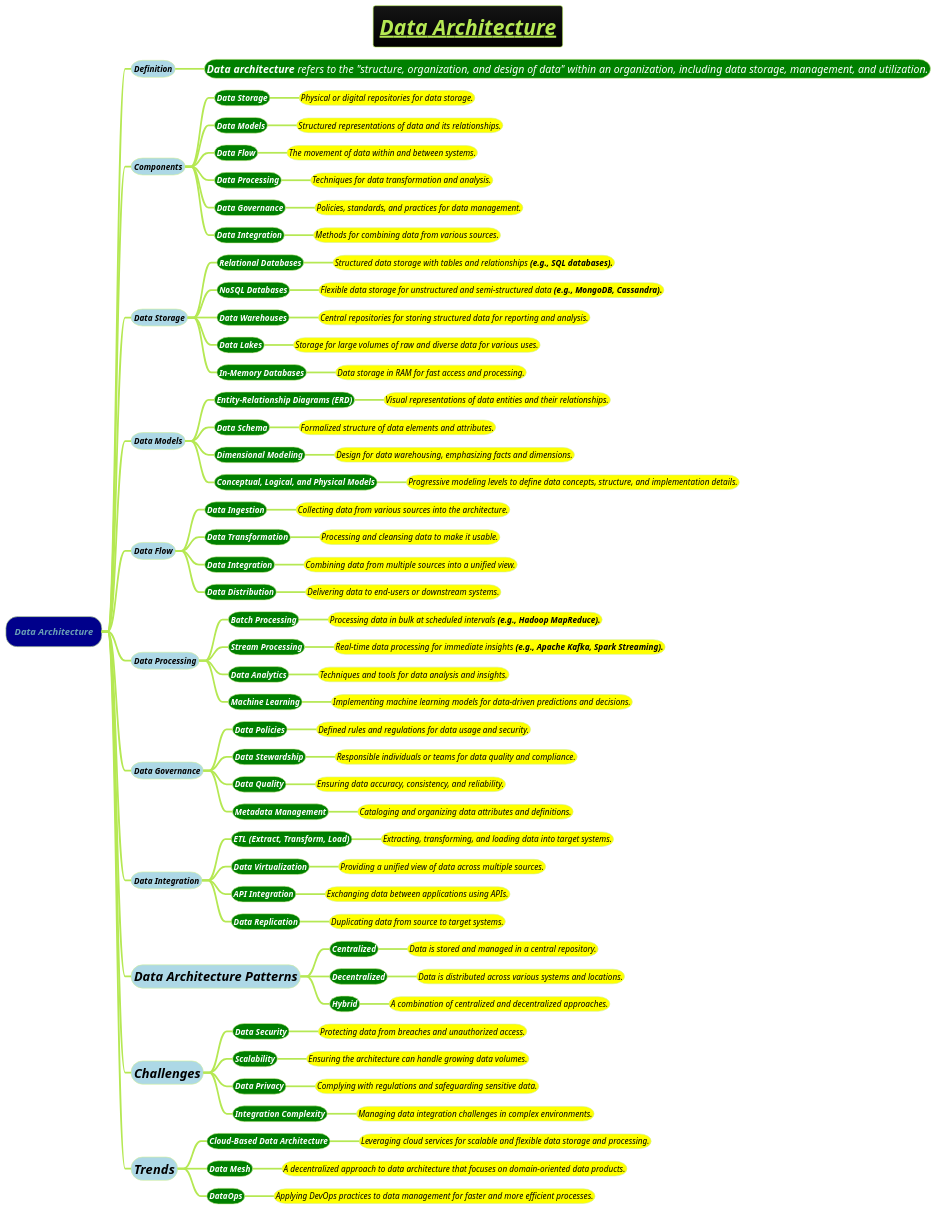
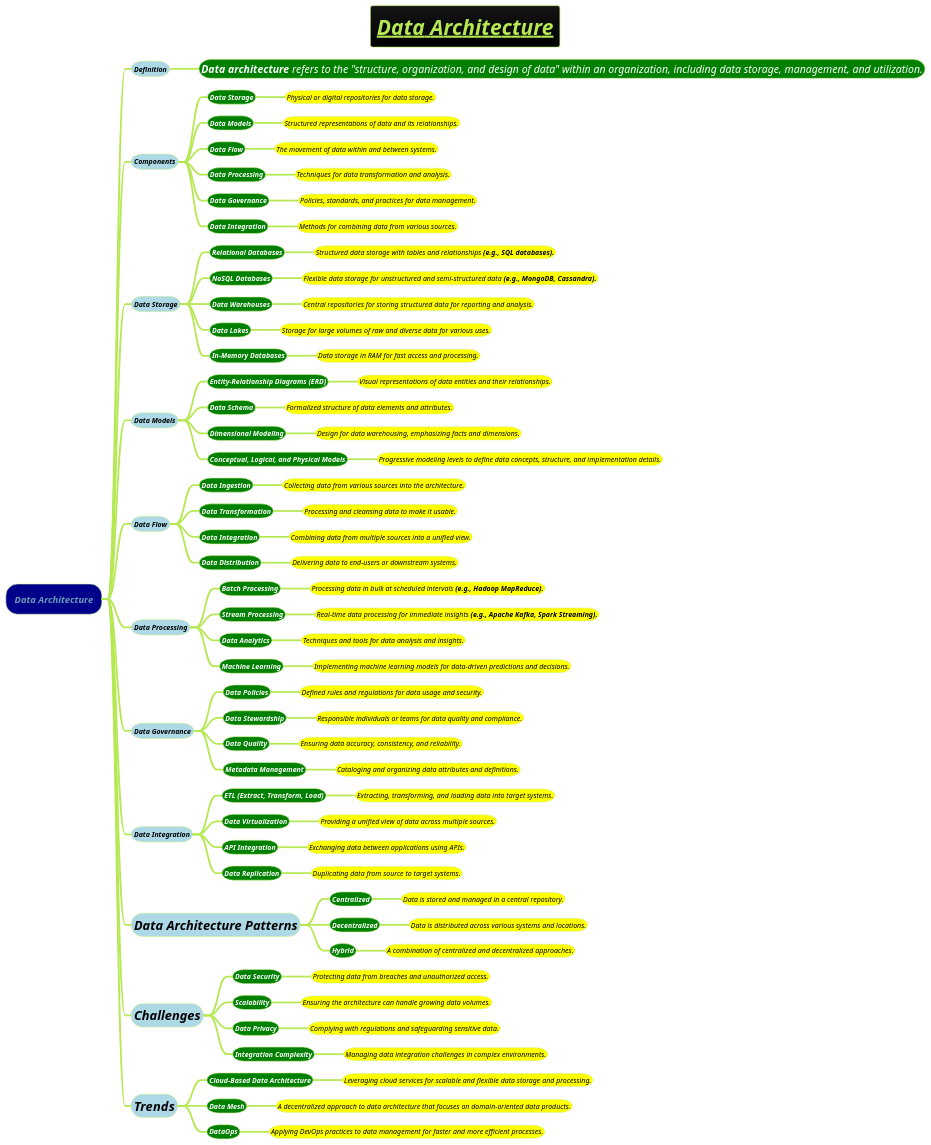
One commit to MehmoodHashmi/Documentation-as-Code-DaC changed the diagram in docs/AI-ML-DL-Data-Science-and-BigData/data-science/data-engineering/data-pipeline/Data-Architecture.puml. Above: the diagram before and after it, drawn with PlantUML. The commit also changed 4 other files, not shown here.

```diff
--- a/docs/AI-ML-DL-Data-Science-and-BigData/data-science/data-engineering/data-pipeline/Data-Architecture.puml
+++ b/docs/AI-ML-DL-Data-Science-and-BigData/data-science/data-engineering/data-pipeline/Data-Architecture.puml
@@ -5,109 +5,109 @@
 
 
 *[#darkblue] <i><b>Data Architecture
-**[#lightblue] <i><size:14><b><color #black>Definition
+**[#lightblue] <i><size:12><b><color #black>Definition
 ***[#green] <i><size:18><color #white>**Data architecture** refers to the "structure, organization, and design of data" within an organization, including data storage, management, and utilization.
 
-**[#lightblue] <i><size:14><b><color #black>Components
-***[#green] <i><size:14><b><color #white>Data Storage
-****[#yellow] <i><size:14><color #black>Physical or digital repositories for data storage.
-***[#green] <i><size:14><b><color #white>Data Models
-****[#yellow] <i><size:14><color #black>Structured representations of data and its relationships.
-***[#green] <i><size:14><b><color #white>Data Flow
-****[#yellow] <i><size:14><color #black>The movement of data within and between systems.
-***[#green] <i><size:14><b><color #white>Data Processing
-****[#yellow] <i><size:14><color #black>Techniques for data transformation and analysis.
-***[#green] <i><size:14><b><color #white>Data Governance
-****[#yellow] <i><size:14><color #black>Policies, standards, and practices for data management.
-***[#green] <i><size:14><b><color #white>Data Integration
-****[#yellow] <i><size:14><color #black>Methods for combining data from various sources.
+**[#lightblue] <i><size:12><b><color #black>Components
+***[#green] <i><size:12><b><color #white>Data Storage
+****[#yellow] <i><size:12><color #black>Physical or digital repositories for data storage.
+***[#green] <i><size:12><b><color #white>Data Models
+****[#yellow] <i><size:12><color #black>Structured representations of data and its relationships.
+***[#green] <i><size:12><b><color #white>Data Flow
+****[#yellow] <i><size:12><color #black>The movement of data within and between systems.
+***[#green] <i><size:12><b><color #white>Data Processing
+****[#yellow] <i><size:12><color #black>Techniques for data transformation and analysis.
+***[#green] <i><size:12><b><color #white>Data Governance
+****[#yellow] <i><size:12><color #black>Policies, standards, and practices for data management.
+***[#green] <i><size:12><b><color #white>Data Integration
+****[#yellow] <i><size:12><color #black>Methods for combining data from various sources.
 
-**[#lightblue] <i><size:14><b><color #black>Data Storage
-***[#green] <i><size:14><b><color #white>Relational Databases
-****[#yellow] <i><size:14><color #black>Structured data storage with tables and relationships <b>(e.g., SQL databases).
-***[#green] <i><size:14><b><color #white>NoSQL Databases
-****[#yellow] <i><size:14><color #black>Flexible data storage for unstructured and semi-structured data <b>(e.g., MongoDB, Cassandra).
-***[#green] <i><size:14><b><color #white>Data Warehouses
-****[#yellow] <i><size:14><color #black>Central repositories for storing structured data for reporting and analysis.
-***[#green] <i><size:14><b><color #white>Data Lakes
-****[#yellow] <i><size:14><color #black>Storage for large volumes of raw and diverse data for various uses.
-***[#green] <i><size:14><b><color #white>In-Memory Databases
-****[#yellow] <i><size:14><color #black>Data storage in RAM for fast access and processing.
+**[#lightblue] <i><size:12><b><color #black>Data Storage
+***[#green] <i><size:12><b><color #white>Relational Databases
+****[#yellow] <i><size:12><color #black>Structured data storage with tables and relationships <b>(e.g., SQL databases).
+***[#green] <i><size:12><b><color #white>NoSQL Databases
+****[#yellow] <i><size:12><color #black>Flexible data storage for unstructured and semi-structured data <b>(e.g., MongoDB, Cassandra).
+***[#green] <i><size:12><b><color #white>Data Warehouses
+****[#yellow] <i><size:12><color #black>Central repositories for storing structured data for reporting and analysis.
+***[#green] <i><size:12><b><color #white>Data Lakes
+****[#yellow] <i><size:12><color #black>Storage for large volumes of raw and diverse data for various uses.
+***[#green] <i><size:12><b><color #white>In-Memory Databases
+****[#yellow] <i><size:12><color #black>Data storage in RAM for fast access and processing.
 
-**[#lightblue] <i><size:14><b><color #black>Data Models
-***[#green] <i><size:14><b><color #white>Entity-Relationship Diagrams <b>(ERD)
-****[#yellow] <i><size:14><color #black>Visual representations of data entities and their relationships.
-***[#green] <i><size:14><b><color #white>Data Schema
-****[#yellow] <i><size:14><color #black>Formalized structure of data elements and attributes.
-***[#green] <i><size:14><b><color #white>Dimensional Modeling
-****[#yellow] <i><size:14><color #black>Design for data warehousing, emphasizing facts and dimensions.
-***[#green] <i><size:14><b><color #white>Conceptual, Logical, and Physical Models
-****[#yellow] <i><size:14><color #black>Progressive modeling levels to define data concepts, structure, and implementation details.
+**[#lightblue] <i><size:12><b><color #black>Data Models
+***[#green] <i><size:12><b><color #white>Entity-Relationship Diagrams <b>(ERD)
+****[#yellow] <i><size:12><color #black>Visual representations of data entities and their relationships.
+***[#green] <i><size:12><b><color #white>Data Schema
+****[#yellow] <i><size:12><color #black>Formalized structure of data elements and attributes.
+***[#green] <i><size:12><b><color #white>Dimensional Modeling
+****[#yellow] <i><size:12><color #black>Design for data warehousing, emphasizing facts and dimensions.
+***[#green] <i><size:12><b><color #white>Conceptual, Logical, and Physical Models
+****[#yellow] <i><size:12><color #black>Progressive modeling levels to define data concepts, structure, and implementation details.
 
-**[#lightblue] <i><size:14><b><color #black>Data Flow
-***[#green] <i><size:14><b><color #white>Data Ingestion
-****[#yellow] <i><size:14><color #black>Collecting data from various sources into the architecture.
-***[#green] <i><size:14><b><color #white>Data Transformation
-****[#yellow] <i><size:14><color #black>Processing and cleansing data to make it usable.
-***[#green] <i><size:14><b><color #white>Data Integration
-****[#yellow] <i><size:14><color #black>Combining data from multiple sources into a unified view.
-***[#green] <i><size:14><b><color #white>Data Distribution
-****[#yellow] <i><size:14><color #black>Delivering data to end-users or downstream systems.
+**[#lightblue] <i><size:12><b><color #black>Data Flow
+***[#green] <i><size:12><b><color #white>Data Ingestion
+****[#yellow] <i><size:12><color #black>Collecting data from various sources into the architecture.
+***[#green] <i><size:12><b><color #white>Data Transformation
+****[#yellow] <i><size:12><color #black>Processing and cleansing data to make it usable.
+***[#green] <i><size:12><b><color #white>Data Integration
+****[#yellow] <i><size:12><color #black>Combining data from multiple sources into a unified view.
+***[#green] <i><size:12><b><color #white>Data Distribution
+****[#yellow] <i><size:12><color #black>Delivering data to end-users or downstream systems.
 
-**[#lightblue] <i><size:14><b><color #black>Data Processing
-***[#green] <i><size:14><b><color #white>Batch Processing
-****[#yellow] <i><size:14><color #black>Processing data in bulk at scheduled intervals <b>(e.g., Hadoop MapReduce).
-***[#green] <i><size:14><b><color #white>Stream Processing
-****[#yellow] <i><size:14><color #black>Real-time data processing for immediate insights <b>(e.g., Apache Kafka, Spark Streaming).
-***[#green] <i><size:14><b><color #white>Data Analytics
-****[#yellow] <i><size:14><color #black>Techniques and tools for data analysis and insights.
-***[#green] <i><size:14><b><color #white>Machine Learning
-****[#yellow] <i><size:14><color #black>Implementing machine learning models for data-driven predictions and decisions.
+**[#lightblue] <i><size:12><b><color #black>Data Processing
+***[#green] <i><size:12><b><color #white>Batch Processing
+****[#yellow] <i><size:12><color #black>Processing data in bulk at scheduled intervals <b>(e.g., Hadoop MapReduce).
+***[#green] <i><size:12><b><color #white>Stream Processing
+****[#yellow] <i><size:12><color #black>Real-time data processing for immediate insights <b>(e.g., Apache Kafka, Spark Streaming).
+***[#green] <i><size:12><b><color #white>Data Analytics
+****[#yellow] <i><size:12><color #black>Techniques and tools for data analysis and insights.
+***[#green] <i><size:12><b><color #white>Machine Learning
+****[#yellow] <i><size:12><color #black>Implementing machine learning models for data-driven predictions and decisions.
 
-**[#lightblue] <i><size:14><b><color #black>Data Governance
-***[#green] <i><size:14><b><color #white>Data Policies
-****[#yellow] <i><size:14><color #black>Defined rules and regulations for data usage and security.
-***[#green] <i><size:14><b><color #white>Data Stewardship
-****[#yellow] <i><size:14><color #black>Responsible individuals or teams for data quality and compliance.
-***[#green] <i><size:14><b><color #white>Data Quality
-****[#yellow] <i><size:14><color #black>Ensuring data accuracy, consistency, and reliability.
-***[#green] <i><size:14><b><color #white>Metadata Management
-****[#yellow] <i><size:14><color #black>Cataloging and organizing data attributes and definitions.
+**[#lightblue] <i><size:12><b><color #black>Data Governance
+***[#green] <i><size:12><b><color #white>Data Policies
+****[#yellow] <i><size:12><color #black>Defined rules and regulations for data usage and security.
+***[#green] <i><size:12><b><color #white>Data Stewardship
+****[#yellow] <i><size:12><color #black>Responsible individuals or teams for data quality and compliance.
+***[#green] <i><size:12><b><color #white>Data Quality
+****[#yellow] <i><size:12><color #black>Ensuring data accuracy, consistency, and reliability.
+***[#green] <i><size:12><b><color #white>Metadata Management
+****[#yellow] <i><size:12><color #black>Cataloging and organizing data attributes and definitions.
 
-**[#lightblue] <i><size:14><b><color #black>Data Integration
-***[#green] <i><size:14><b><color #white>ETL <b>(Extract, Transform, Load)
-****[#yellow] <i><size:14><color #black>Extracting, transforming, and loading data into target systems.
-***[#green] <i><size:14><b><color #white>Data Virtualization
-****[#yellow] <i><size:14><color #black>Providing a unified view of data across multiple sources.
-***[#green] <i><size:14><b><color #white>API Integration
-****[#yellow] <i><size:14><color #black>Exchanging data between applications using APIs.
-***[#green] <i><size:14><b><color #white>Data Replication
-****[#yellow] <i><size:14><color #black>Duplicating data from source to target systems.
+**[#lightblue] <i><size:12><b><color #black>Data Integration
+***[#green] <i><size:12><b><color #white>ETL <b>(Extract, Transform, Load)
+****[#yellow] <i><size:12><color #black>Extracting, transforming, and loading data into target systems.
+***[#green] <i><size:12><b><color #white>Data Virtualization
+****[#yellow] <i><size:12><color #black>Providing a unified view of data across multiple sources.
+***[#green] <i><size:12><b><color #white>API Integration
+****[#yellow] <i><size:12><color #black>Exchanging data between applications using APIs.
+***[#green] <i><size:12><b><color #white>Data Replication
+****[#yellow] <i><size:12><color #black>Duplicating data from source to target systems.
 
 **[#lightblue] <i><size:22><b><color #black>Data Architecture Patterns
-***[#green] <i><size:14><b><color #white>Centralized
-****[#yellow] <i><size:14><color #black>Data is stored and managed in a central repository.
-***[#green] <i><size:14><b><color #white>Decentralized
-****[#yellow] <i><size:14><color #black>Data is distributed across various systems and locations.
-***[#green] <i><size:14><b><color #white>Hybrid
-****[#yellow] <i><size:14><color #black>A combination of centralized and decentralized approaches.
+***[#green] <i><size:12><b><color #white>Centralized
+****[#yellow] <i><size:12><color #black>Data is stored and managed in a central repository.
+***[#green] <i><size:12><b><color #white>Decentralized
+****[#yellow] <i><size:12><color #black>Data is distributed across various systems and locations.
+***[#green] <i><size:12><b><color #white>Hybrid
+****[#yellow] <i><size:12><color #black>A combination of centralized and decentralized approaches.
 
 **[#lightblue] <i><size:22><b><color #black>Challenges
-***[#green] <i><size:14><b><color #white>Data Security
-****[#yellow] <i><size:14><color #black>Protecting data from breaches and unauthorized access.
-***[#green] <i><size:14><b><color #white>Scalability
-****[#yellow] <i><size:14><color #black>Ensuring the architecture can handle growing data volumes.
-***[#green] <i><size:14><b><color #white>Data Privacy
-****[#yellow] <i><size:14><color #black>Complying with regulations and safeguarding sensitive data.
-***[#green] <i><size:14><b><color #white>Integration Complexity
-****[#yellow] <i><size:14><color #black>Managing data integration challenges in complex environments.
+***[#green] <i><size:12><b><color #white>Data Security
+****[#yellow] <i><size:12><color #black>Protecting data from breaches and unauthorized access.
+***[#green] <i><size:12><b><color #white>Scalability
+****[#yellow] <i><size:12><color #black>Ensuring the architecture can handle growing data volumes.
+***[#green] <i><size:12><b><color #white>Data Privacy
+****[#yellow] <i><size:12><color #black>Complying with regulations and safeguarding sensitive data.
+***[#green] <i><size:12><b><color #white>Integration Complexity
+****[#yellow] <i><size:12><color #black>Managing data integration challenges in complex environments.
 
 **[#lightblue] <i><size:22><b><color #black>Trends
-***[#green] <i><size:14><b><color #white>Cloud-Based Data Architecture
-****[#yellow] <i><size:14><color #black>Leveraging cloud services for scalable and flexible data storage and processing.
-***[#green] <i><size:14><b><color #white>Data Mesh
-****[#yellow] <i><size:14><color #black>A decentralized approach to data architecture that focuses on domain-oriented data products.
-***[#green] <i><size:14><b><color #white>DataOps
-****[#yellow] <i><size:14><color #black>Applying DevOps practices to data management for faster and more efficient processes.
+***[#green] <i><size:12><b><color #white>Cloud-Based Data Architecture
+****[#yellow] <i><size:12><color #black>Leveraging cloud services for scalable and flexible data storage and processing.
+***[#green] <i><size:12><b><color #white>Data Mesh
+****[#yellow] <i><size:12><color #black>A decentralized approach to data architecture that focuses on domain-oriented data products.
+***[#green] <i><size:12><b><color #white>DataOps
+****[#yellow] <i><size:12><color #black>Applying DevOps practices to data management for faster and more efficient processes.
 
 @endmindmap
```
